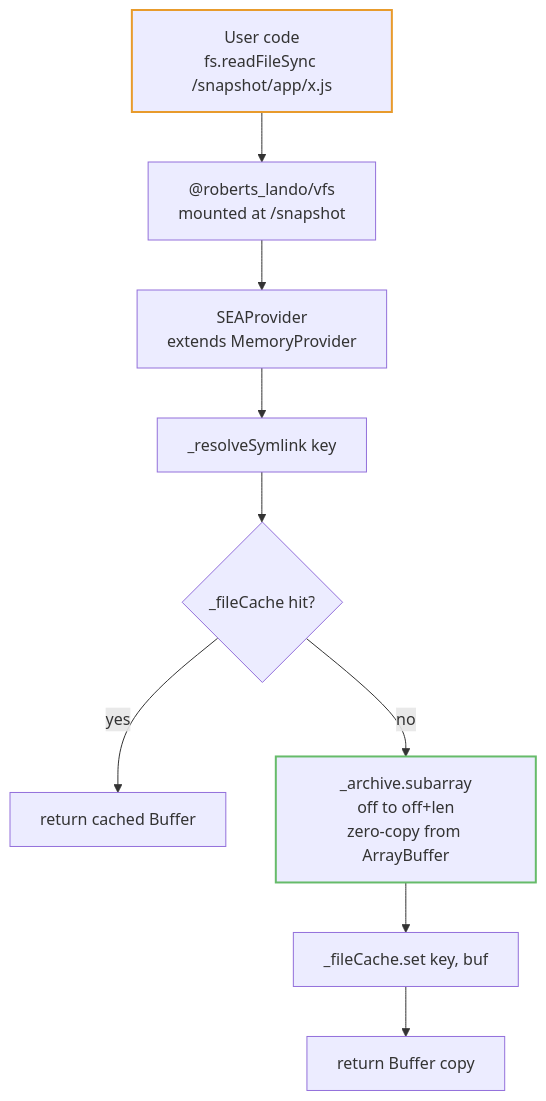
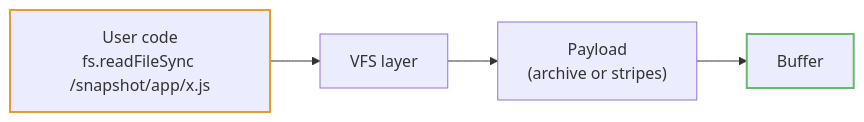
One commit to yao-pkg/pkg changed the second of 2 diagrams in docs-site/architecture.md. Above: the diagram before and after it, drawn with Mermaid. The commit also changed other lines of this file and 8 other files, not shown here.

First line of the commit message:
docs: trim docs-site verbosity and split architecture doc

````diff
--- a/docs-site/architecture.md
+++ b/docs-site/architecture.md
@@ -339,19 +73,11 @@
 ```mermaid
-flowchart TD
-    U[User code<br/>fs.readFileSync /snapshot/app/x.js]
-    V["@roberts_lando/vfs<br/>mounted at /snapshot"]
-    P[SEAProvider<br/>extends MemoryProvider]
-    R1[_resolveSymlink key]
-    C1{_fileCache hit?}
-    C2[return cached Buffer]
-    A[_archive.subarray<br/>off to off+len<br/>zero-copy from ArrayBuffer]
-    C3[_fileCache.set key, buf]
-    OUT[return Buffer copy]
+flowchart LR
+    U["User code<br/>fs.readFileSync /snapshot/app/x.js"]
+    V["VFS layer"]
+    P["Payload<br/>(archive or stripes)"]
+    OUT["Buffer"]
 
-    U --> V --> P --> R1 --> C1
-    C1 -- yes --> C2
-    C1 -- no --> A --> C3 --> OUT
-
+    U --> V --> P --> OUT
     style U stroke:#e89b2c,stroke-width:2px
-    style A stroke:#66bb6a,stroke-width:2px
+    style OUT stroke:#66bb6a,stroke-width:2px
 ```
````
